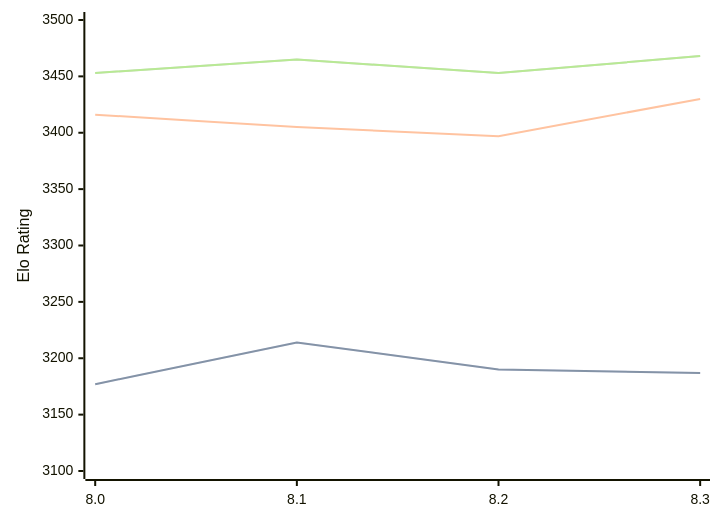
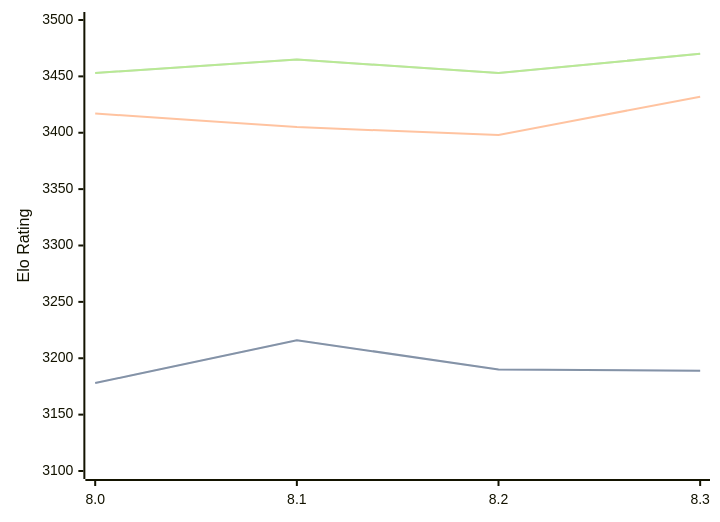
The diagram in engines/Alexander.md (computer-chess-index/cci), drawn with Mermaid before and after one commit. The commit also changed other lines of this file, not shown here.

Commit message:
Update CCI Ratings (ELO VLTC) - 2026-04-22

````diff
--- a/engines/Alexander.md
+++ b/engines/Alexander.md
@@ -48,11 +48,11 @@
 ```mermaid
 %%{init: {"theme":"base","themeVariables":{"seriesColors:['#a3a3a3','#222221','#faa371']}}}%%
 xychart-beta
   x-axis ["8.0", "8.1", "8.2", "8.3"]
   y-axis "Elo Rating" 3100 --> 3500
-  line "STC (8.0+0.08s)" [3177, 3214, 3190, 3187]
-  line "STC (8.0+0.08s)" [3177, 3214, 3190, 3187]
-  line "LTC (60.0+0.60s)" [3416, 3405, 3397, 3430]
-  line "VLTC (2m24s+1.12s)" [3453, 3465, 3453, 3468]
-  line "VLTC (2m24s+1.12s)" [3453, 3465, 3453, 3468]
+  line "STC (8.0+0.08s)" [3178, 3216, 3190, 3189]
+  line "STC (8.0+0.08s)" [3178, 3216, 3190, 3189]
+  line "LTC (60.0+0.60s)" [3417, 3405, 3398, 3432]
+  line "VLTC (2m24s+1.12s)" [3453, 3465, 3453, 3470]
+  line "VLTC (2m24s+1.12s)" [3453, 3465, 3453, 3470]
 ```
````
